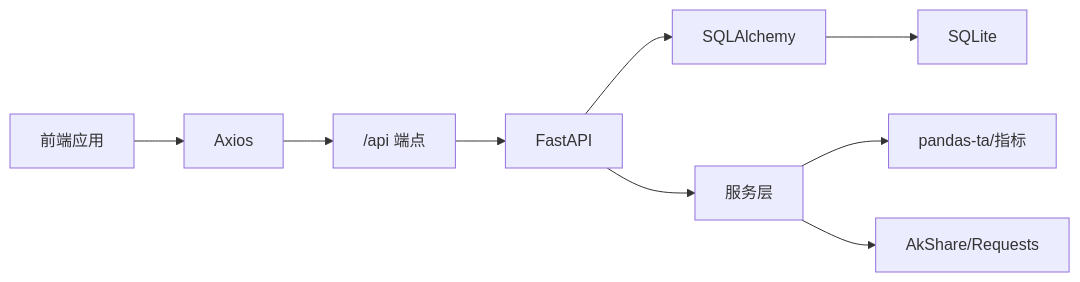
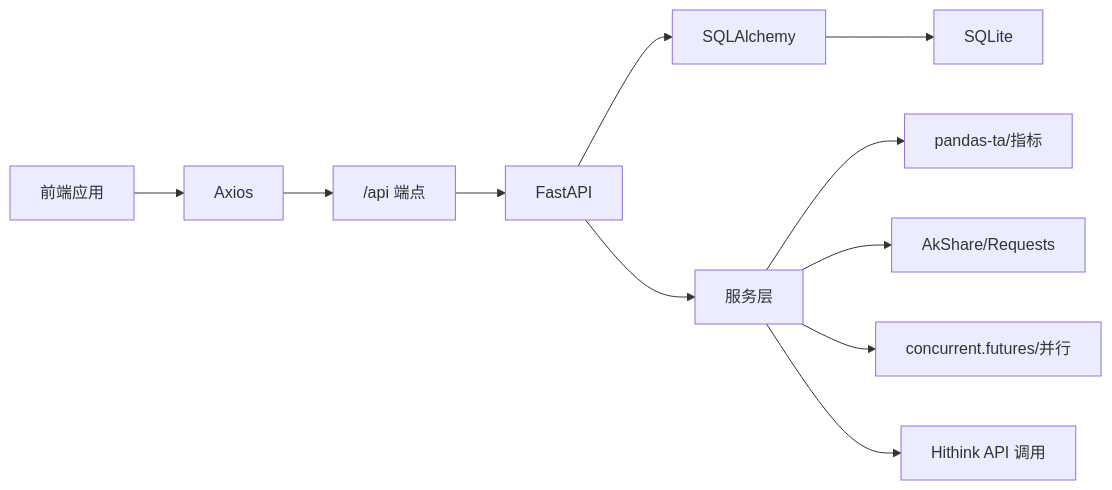
Diagram 11 of 12 in .qoder/repowiki/zh/content/架构设计/数据流设计.md (Moruime/stock_foker), drawn with Mermaid before and after one commit. The commit also changed other lines of this file and 12 other files, not shown here.

````diff
--- a/.qoder/repowiki/zh/content/架构设计/数据流设计.md
+++ b/.qoder/repowiki/zh/content/架构设计/数据流设计.md
@@ -432,11 +634,13 @@
 ```mermaid
 graph LR
 FE["前端应用"] --> AX["Axios"]
 AX --> API["/api 端点"]
 API --> FA["FastAPI"]
 FA --> SQL["SQLAlchemy"]
 SQL --> DB["SQLite"]
 FA --> SVC["服务层"]
 SVC --> IND["pandas-ta/指标"]
 SVC --> REM["AkShare/Requests"]
+SVC --> PARALLEL["concurrent.futures/并行"]
+SVC --> HITHINK["Hithink API 调用"]
 ```
````
